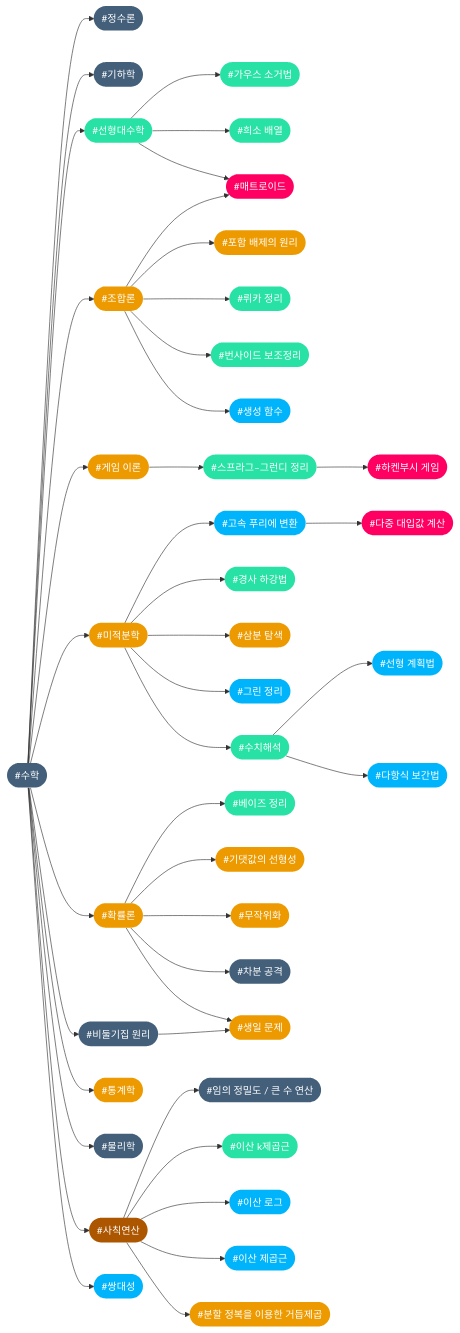
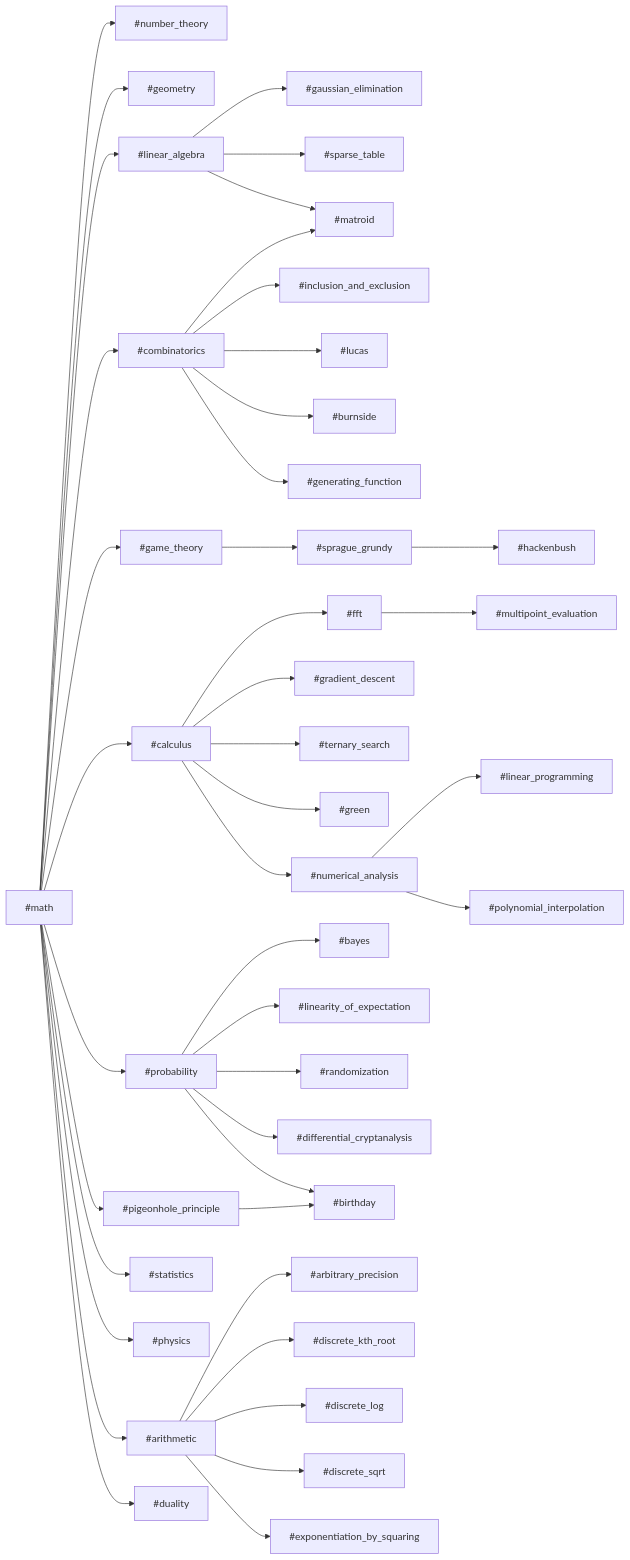
Before and after one commit to CHOYUNSIG/algorithm_with_boj: the ninth of 17 diagrams in index.md, drawn with Mermaid. The commit also changed other lines of this file and 5 other files, not shown here.

```diff
--- a/index.md
+++ b/index.md
@@ -432,4 +282,4 @@
-<pre class="mermaid">
+<pre class="mermaid tag-connection-define">
     graph LR
 
     #math --> #number_theory
@@ -473,52 +323,4 @@
     #arithmetic --> #discrete_sqrt
     #arithmetic --> #exponentiation_by_squaring
     #pigeonhole_principle --> #birthday
-
-    #gaussian_elimination(["#가우스 소거법"]):::tier3
-    #game_theory(["#게임 이론"]):::tier2
-    #gradient_descent(["#경사 하강법"]):::tier3
-    #fft(["#고속 푸리에 변환"]):::tier4
-    #green(["#그린 정리"]):::tier4
-    #linearity_of_expectation(["#기댓값의 선형성"]):::tier2
-    #geometry(["#기하학"]):::tier1
-    #multipoint_evaluation(["#다중 대입값 계산"]):::tier5
-    #polynomial_interpolation(["#다항식 보간법"]):::tier4
-    #lucas(["#뤼카 정리"]):::tier3
-    #matroid(["#매트로이드"]):::tier5
-    #randomization(["#무작위화"]):::tier2
-    #physics(["#물리학"]):::tier1
-    #calculus(["#미적분학"]):::tier2
-    #burnside(["#번사이드 보조정리"]):::tier3
-    #bayes(["#베이즈 정리"]):::tier3
-    #exponentiation_by_squaring(["#분할 정복을 이용한 거듭제곱"]):::tier2
-    #pigeonhole_principle(["#비둘기집 원리"]):::tier1
-    #arithmetic(["#사칙연산"]):::tier0
-    #ternary_search(["#삼분 탐색"]):::tier2
-    #generating_function(["#생성 함수"]):::tier4
-    #birthday(["#생일 문제"]):::tier2
-    #linear_programming(["#선형 계획법"]):::tier4
-    #linear_algebra(["#선형대수학"]):::tier3
-    #numerical_analysis(["#수치해석"]):::tier3
-    #math(["#수학"]):::tier1
-    #sprague_grundy(["#스프라그–그런디 정리"]):::tier3
-    #duality(["#쌍대성"]):::tier4
-    #discrete_kth_root(["#이산 k제곱근"]):::tier3
-    #discrete_log(["#이산 로그"]):::tier4
-    #discrete_sqrt(["#이산 제곱근"]):::tier4
-    #arbitrary_precision(["#임의 정밀도 / 큰 수 연산"]):::tier1
-    #number_theory(["#정수론"]):::tier1
-    #combinatorics(["#조합론"]):::tier2
-    #differential_cryptanalysis(["#차분 공격"]):::tier1
-    #statistics(["#통계학"]):::tier2
-    #inclusion_and_exclusion(["#포함 배제의 원리"]):::tier2
-    #hackenbush(["#하켄부시 게임"]):::tier5
-    #probability(["#확률론"]):::tier2
-    #sparse_table(["#희소 배열"]):::tier3
-
-    classDef tier0 fill:#ad5600, color:#fff, stroke:#0000
-    classDef tier1 fill:#435f7a, color:#fff, stroke:#0000
-    classDef tier2 fill:#ec9a00, color:#fff, stroke:#0000
-    classDef tier3 fill:#27e2a4, color:#fff, stroke:#0000
-    classDef tier4 fill:#00b4fc, color:#fff, stroke:#0000
-    classDef tier5 fill:#ff0062, color:#fff, stroke:#0000
 </pre>
```
